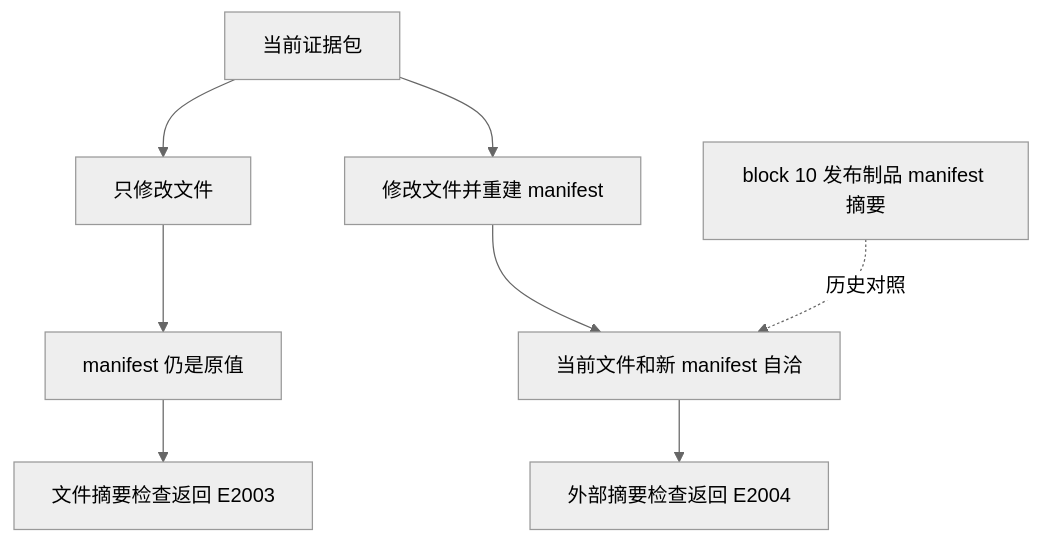
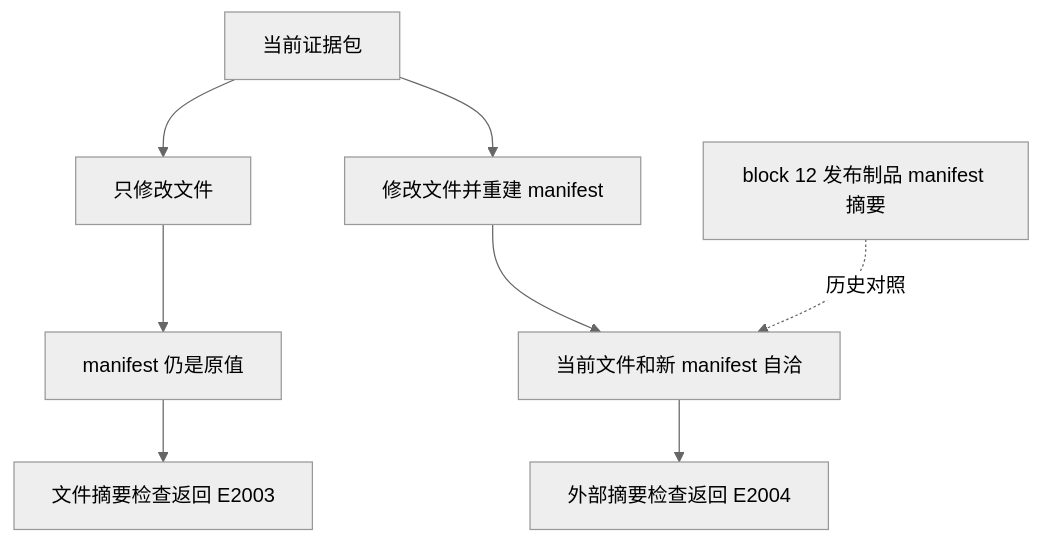
The fourth of 5 diagrams in docs/report/DEVELOPMENT_REPORT.md (wenlittle/MoonEvidence), drawn with Mermaid before and after one commit. The commit also changed other lines of this file and 9 other files, not shown here.

````diff
--- a/docs/report/DEVELOPMENT_REPORT.md
+++ b/docs/report/DEVELOPMENT_REPORT.md
@@ -264,13 +264,13 @@
 ```mermaid
 %%{init: {"theme": "neutral"}}%%
 flowchart TB
-    A["block 10 发布制品 manifest 摘要"]
+    A["block 12 发布制品 manifest 摘要"]
     B["当前证据包"]
     B --> C["只修改文件"]
     C --> D["manifest 仍是原值"]
     D --> E["文件摘要检查返回 E2003"]
     B --> F["修改文件并重建 manifest"]
     F --> G["当前文件和新 manifest 自洽"]
     A -.历史对照.-> G
     G --> H["外部摘要检查返回 E2004"]
 ```
````
